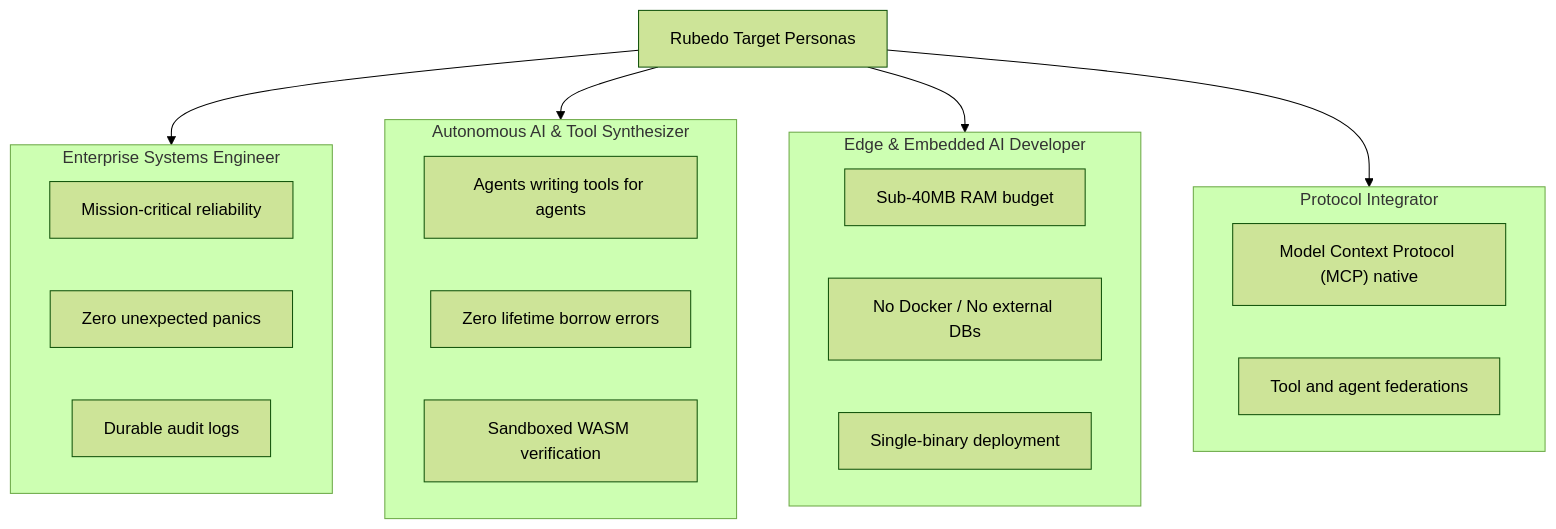
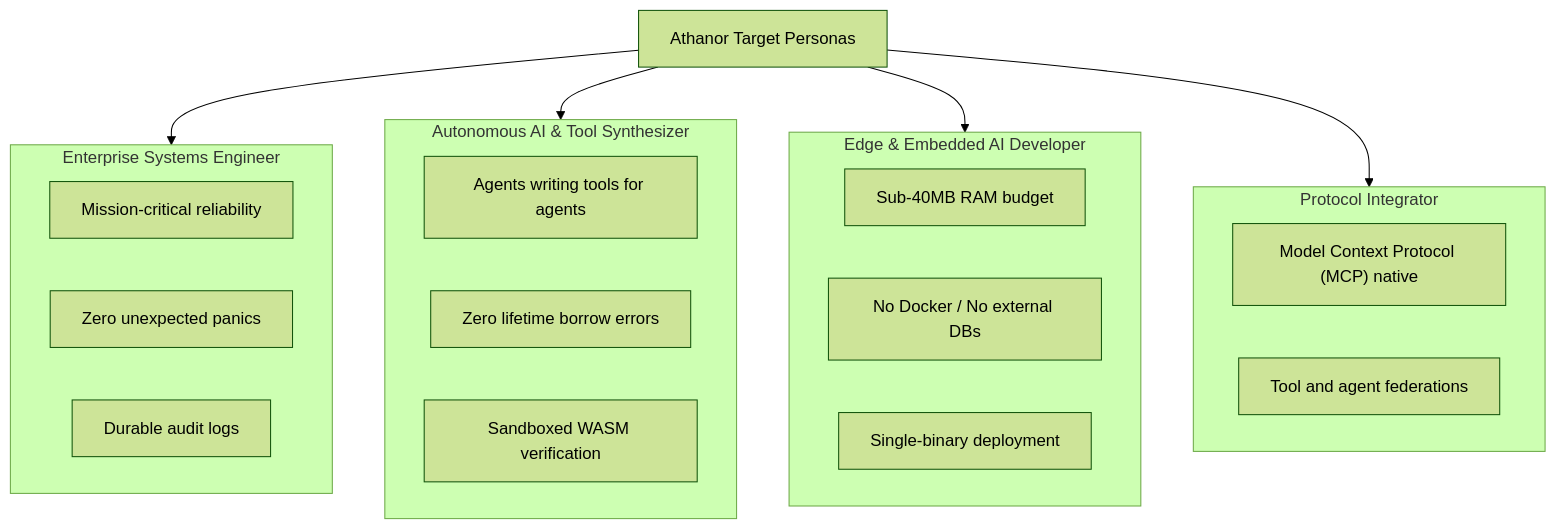
The first of 2 diagrams in PRODUCT_PLAN.md (pinguxx/athanor), drawn with Mermaid (forest theme) before and after one commit. The commit also changed other lines of this file and 199 other files, not shown here.

````diff
--- a/PRODUCT_PLAN.md
+++ b/PRODUCT_PLAN.md
@@ -32,32 +32,32 @@
 ```mermaid
 flowchart TD
-    Root["Rubedo Target Personas"]
+    Root["Athanor Target Personas"]
 
     subgraph P1 ["Enterprise Systems Engineer"]
         P1A["Mission-critical reliability"]
         P1B["Zero unexpected panics"]
         P1C["Durable audit logs"]
     end
 
     subgraph P2 ["Autonomous AI & Tool Synthesizer"]
         P2A["Agents writing tools for agents"]
         P2B["Zero lifetime borrow errors"]
         P2C["Sandboxed WASM verification"]
     end
 
     subgraph P3 ["Edge & Embedded AI Developer"]
         P3A["Sub-40MB RAM budget"]
         P3B["No Docker / No external DBs"]
         P3C["Single-binary deployment"]
     end
 
     subgraph P4 ["Protocol Integrator"]
         P4A["Model Context Protocol (MCP) native"]
         P4B["Tool and agent federations"]
     end
 
     Root --> P1
     Root --> P2
     Root --> P3
     Root --> P4
 ```
````
